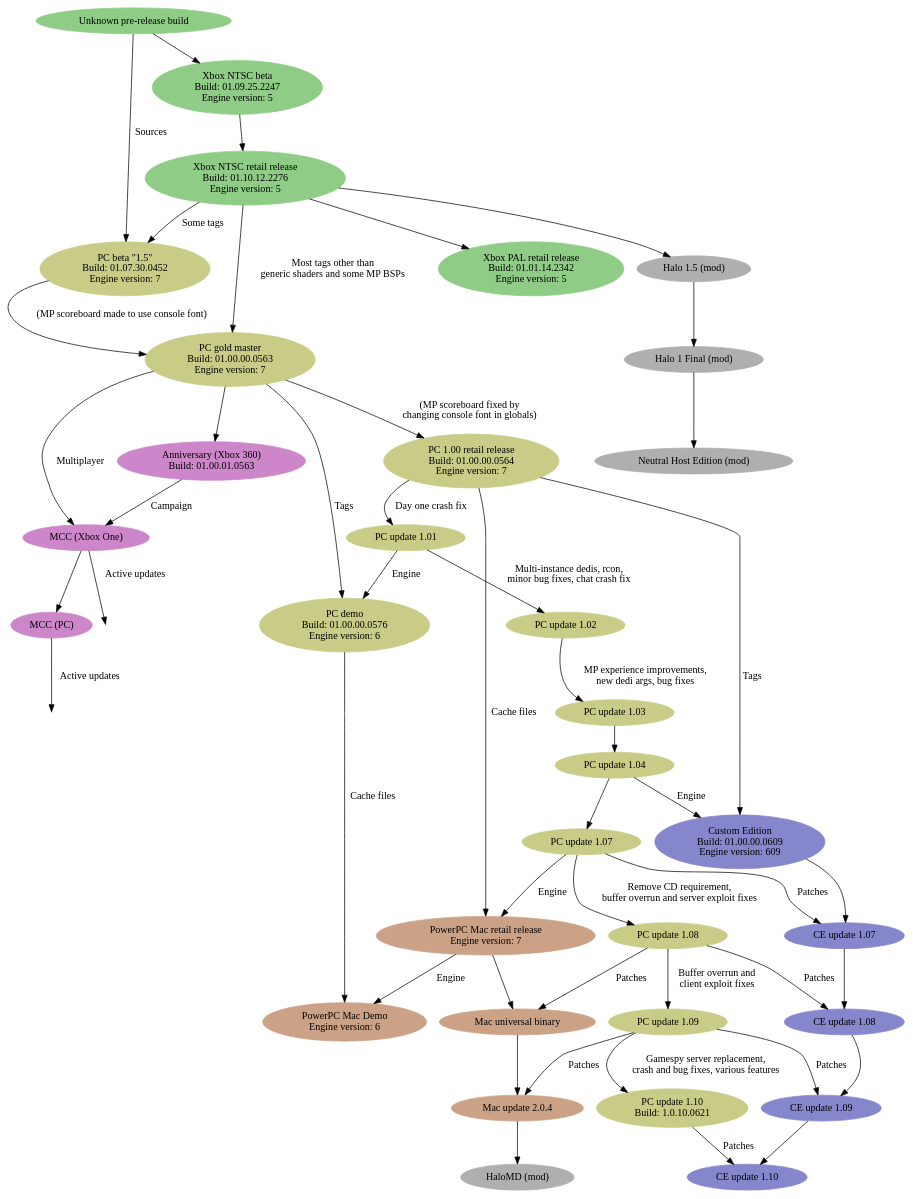
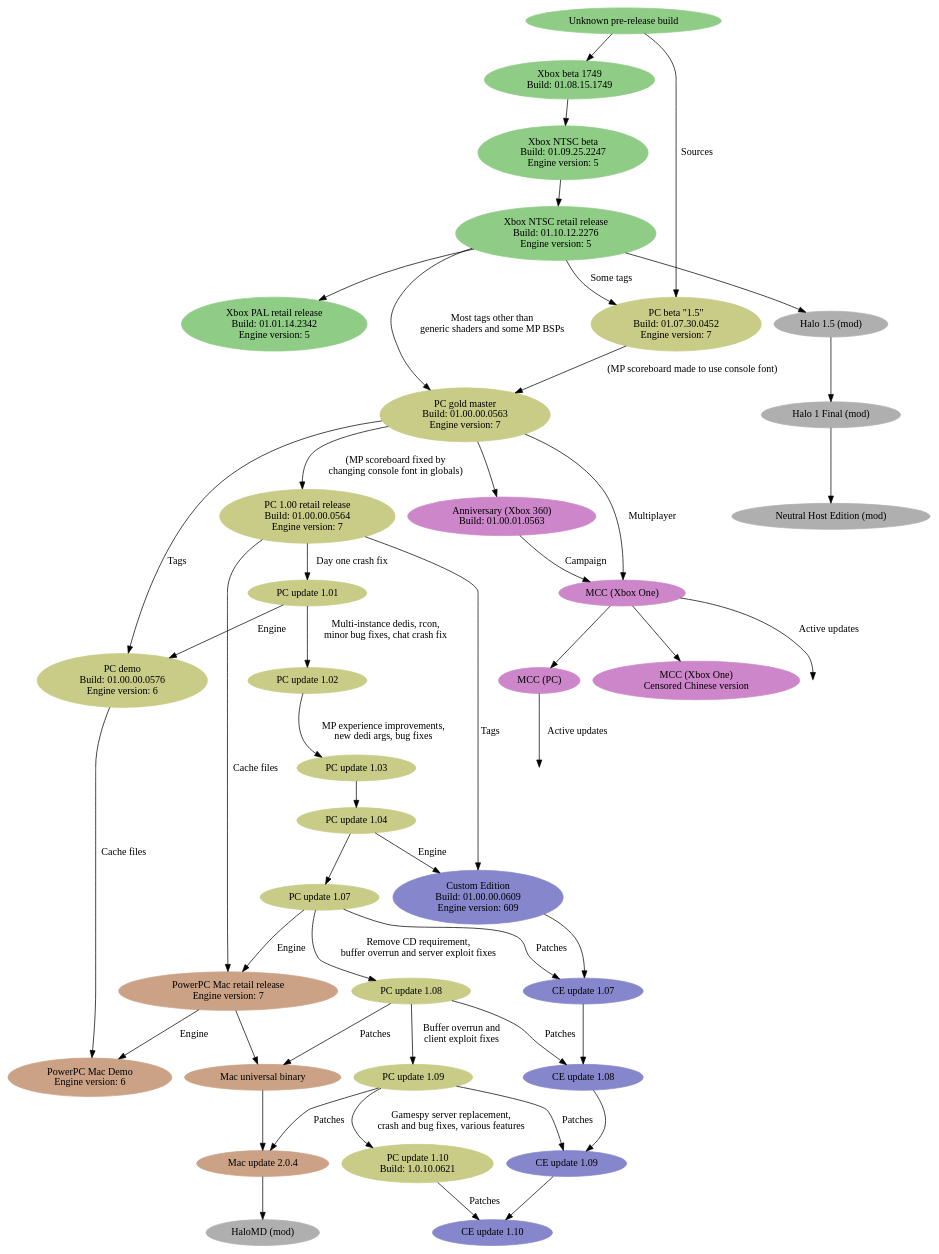
One commit to Sigmmma/c20 changed the diagram in src/content/h1/games.dot. Above: the diagram before and after it, drawn with Graphviz. The commit also changed 2 other files, not shown here.

Commit message:
Explain that blam is a community name; add beta 1749 and mcc-china to h1 evolution diagram

```diff
--- a/src/content/h1/games.dot
+++ b/src/content/h1/games.dot
@@ -1,111 +1,115 @@
 digraph G {
   # xbox
   node [style=filled color="#8fcc86"]
   xbox_pre [label="Unknown pre-release build"]
+  xbox_1749 [label="Xbox beta 1749\nBuild: 01.08.15.1749"]
   xbox_ntsc_beta [label="Xbox NTSC beta\nBuild: 01.09.25.2247\nEngine version: 5"]
   xbox_ntsc_retail [label="Xbox NTSC retail release\nBuild: 01.10.12.2276\nEngine version: 5"]
   xbox_pal_retail [label="Xbox PAL retail release\nBuild: 01.01.14.2342\nEngine version: 5"]
 
   # pc
   node [style=filled color="#c8cc86"];
   pc_beta [label="PC beta \"1.5\"\nBuild: 01.07.30.0452\nEngine version: 7"];
   pc_gold [label="PC gold master\nBuild: 01.00.00.0563\nEngine version: 7"];
   pc_100 [label="PC 1.00 retail release\nBuild: 01.00.00.0564\nEngine version: 7"];
   pc_101 [label="PC update 1.01"];
   pc_102 [label="PC update 1.02"];
   pc_103 [label="PC update 1.03"];
   pc_104 [label="PC update 1.04"];
   pc_107 [label="PC update 1.07"];
   pc_108 [label="PC update 1.08"];
   pc_109 [label="PC update 1.09"];
   pc_110 [label="PC update 1.10\nBuild: 1.0.10.0621"];
   pc_demo [label="PC demo\nBuild: 01.00.00.0576\nEngine version: 6"];
 
   # custom edition
   node [style=filled color="#8686cc"];
   ce_100 [label="Custom Edition\nBuild: 01.00.00.0609\nEngine version: 609"];
   ce_107 [label="CE update 1.07"];
   ce_108 [label="CE update 1.08"];
   ce_109 [label="CE update 1.09"];
   ce_110 [label="CE update 1.10"];
 
   # mac
   node [style=filled color="#cca286"];
   mac_retail [label="PowerPC Mac retail release\nEngine version: 7"];
   mac_universal [label="Mac universal binary"];
   mac_204 [label="Mac update 2.0.4"];
   mac_demo [label="PowerPC Mac Demo\nEngine version: 6"];
 
   # anniversary (invader uses cache v563)
   node [style=filled color="#cc86c9"];
   ann [label="Anniversary (Xbox 360)\nBuild: 01.00.01.0563"];
   mcc_xbone [label="MCC (Xbox One)"];
+  mcc_xbone_china [label="MCC (Xbox One)\nCensored Chinese version"];
   mcc_pc [label="MCC (PC)"];
   mcc_pc_live [label="", fixedsize="false", width=0, height=0, shape=none];
   mcc_xbone_live [label="", fixedsize="false", width=0, height=0, shape=none];
 
   #mods
   node [style=filled color="#afafaf"];
   h15 [label="Halo 1.5 (mod)"];
   h1final [label="Halo 1 Final (mod)"];
   nhe [label="Neutral Host Edition (mod)"];
   halomd [label="HaloMD (mod)"];
 
   # xbox line
-  xbox_pre -> xbox_ntsc_beta;
+  xbox_pre -> xbox_1749;
+  xbox_1749 -> xbox_ntsc_beta;
   xbox_ntsc_beta -> xbox_ntsc_retail;
   xbox_ntsc_retail -> xbox_pal_retail;
 
   # gearbox pc line
   xbox_pre -> pc_beta [label="Sources"];
   xbox_ntsc_retail -> pc_beta [label="Some tags"];
   pc_beta -> pc_gold [label="(MP scoreboard made to use console font)"];
   xbox_ntsc_retail -> pc_gold [label="Most tags other than\ngeneric shaders and some MP BSPs"];
   pc_gold -> pc_100 [label="(MP scoreboard fixed by\nchanging console font in globals)"];
   pc_100 -> pc_101 [label="Day one crash fix"];
   pc_101 -> pc_102 [label="Multi-instance dedis, rcon,\nminor bug fixes, chat crash fix"];
   pc_102 -> pc_103 [label="MP experience improvements,\nnew dedi args, bug fixes"];
   pc_103 -> pc_104;
   pc_104 -> pc_107;
   pc_107 -> pc_108 [label="Remove CD requirement,\nbuffer overrun and server exploit fixes"];
   pc_108 -> pc_109 [label="Buffer overrun and\nclient exploit fixes"];
   pc_109 -> pc_110 [label="Gamespy server replacement,\ncrash and bug fixes, various features"];
   pc_gold -> pc_demo [label="Tags"];
   pc_101 -> pc_demo [label="Engine"];
 
   # custom edition line
   pc_104 -> ce_100 [label="Engine"];
   pc_100 -> ce_100 [label="Tags"];
   ce_100 -> ce_107;
   pc_107 -> ce_107 [label="Patches"];
   ce_107 -> ce_108;
   pc_108 -> ce_108 [label="Patches"];
   ce_108 -> ce_109;
   pc_109 -> ce_109 [label="Patches"];
   ce_109 -> ce_110;
   pc_110 -> ce_110 [label="Patches"];
 
   # mac
   pc_demo -> mac_demo [label="Cache files"];
   pc_100 -> mac_retail [label="Cache files"];
   pc_107 -> mac_retail [label="Engine"];
   mac_retail -> mac_demo [label="Engine"];
   mac_retail -> mac_universal;
   pc_108 -> mac_universal [label="Patches"];
   mac_universal -> mac_204;
   pc_109 -> mac_204 [label="Patches"];
 
   # mods
   xbox_ntsc_retail -> h15;
   h15 -> h1final;
   h1final -> nhe;
   mac_204 -> halomd;
 
   # cea and mcc
   pc_gold -> ann;
   ann -> mcc_xbone [label="Campaign"];
   pc_gold -> mcc_xbone [label="Multiplayer"];
   mcc_xbone -> mcc_pc;
   mcc_xbone -> mcc_xbone_live [label="Active updates"];
+  mcc_xbone -> mcc_xbone_china;
   mcc_pc -> mcc_pc_live [label="Active updates"];
 }
```
